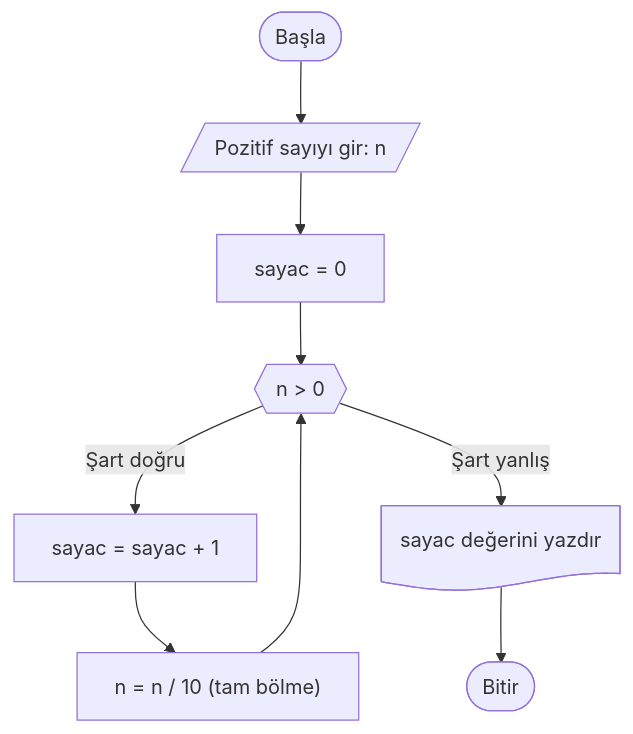
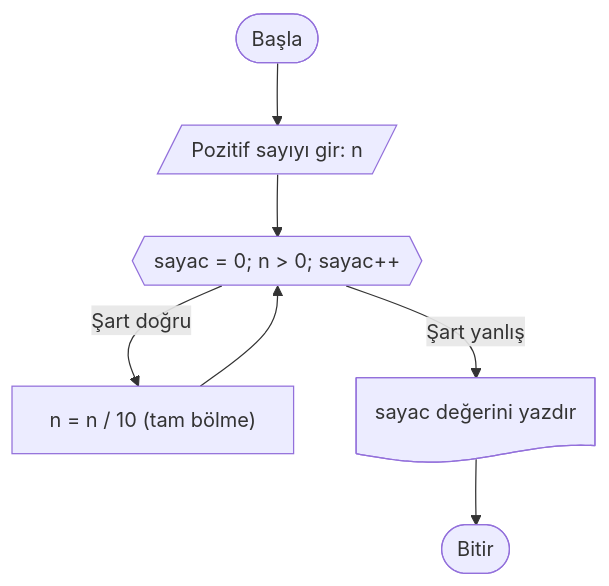
Before and after one commit to ibrahimayaz/Algoritma-ve-Programlamaya-Giris: diagram 11 of 13 in Hafta_05_Akis_Diyagramlari_2.md, drawn with Mermaid. The commit also changed other lines of this file, not shown here.

Commit message:
Dokuman guncellendi

````diff
--- a/Hafta_05_Akis_Diyagramlari_2.md
+++ b/Hafta_05_Akis_Diyagramlari_2.md
@@ -304,11 +302,9 @@
 ```mermaid
 graph TD
     A([Başla]) --> B[/Pozitif sayıyı gir: n/]
-    B --> C[sayac = 0]
-    C --> D{{"n > 0"}}
-    D -- Şart doğru --> E[sayac = sayac + 1]
-    E --> F["n = n / 10 (tam bölme)"]
-    F --> D
-    D -- Şart yanlış --> G@{ shape: doc, label: "sayac değerini yazdır" }
-    G --> H([Bitir])
+    B --> C{{"sayac = 0; n > 0; sayac++"}}
+    C -- Şart doğru --> D["n = n / 10 (tam bölme)"]
+    D --> C
+    C -- Şart yanlış --> E@{ shape: doc, label: "sayac değerini yazdır" }
+    E --> F([Bitir])
 ```
````
